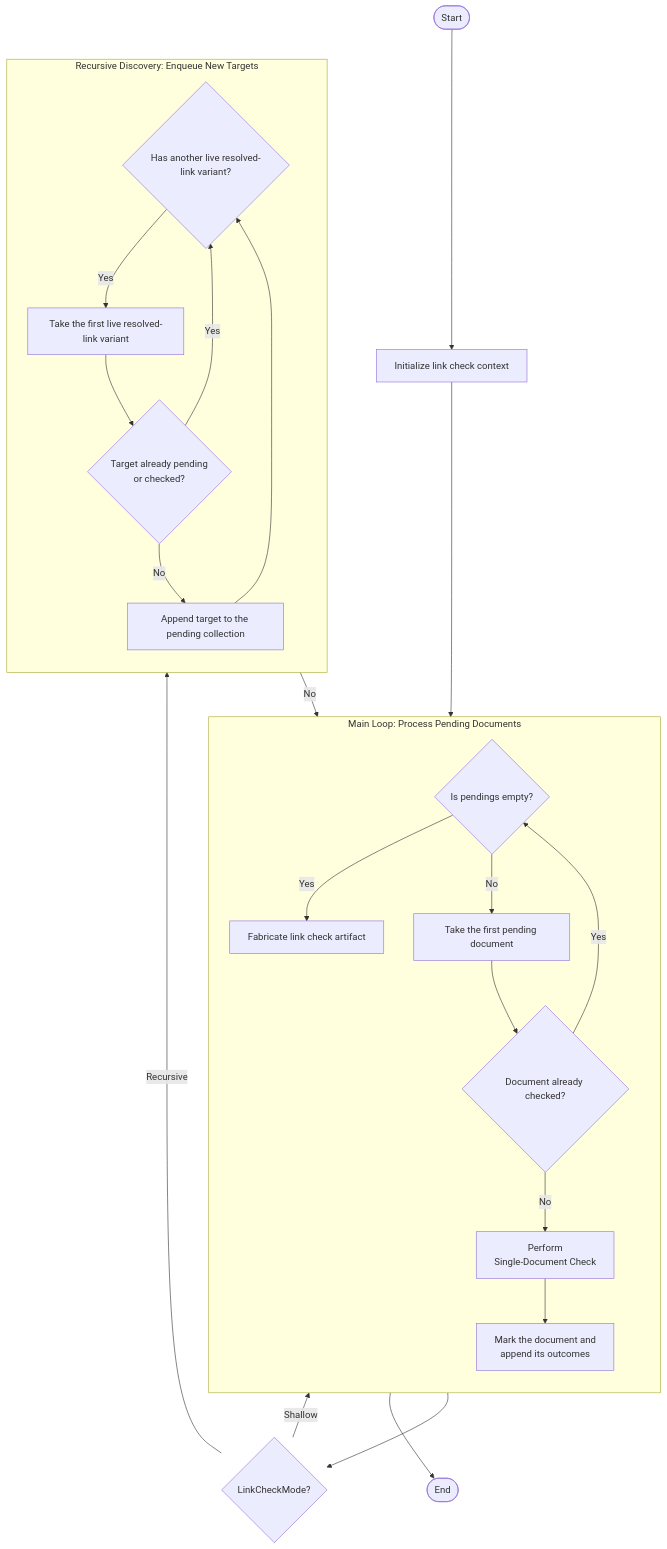
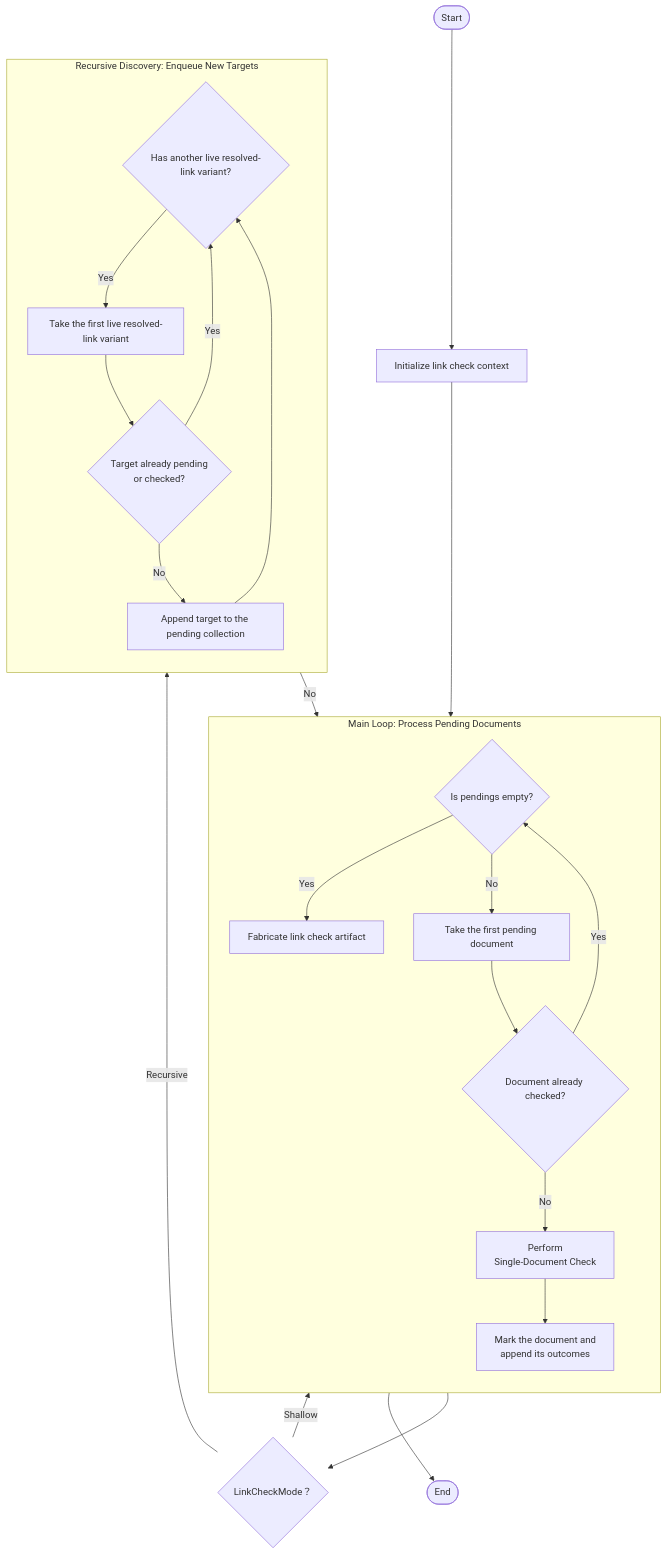
Before and after one commit to huang-xiao-jian/bluey: the diagram in specs/md-linkage/use-case/workflows/multiple-document-check-workflow.md, drawn with Mermaid. The commit also changed other lines of this file and 17 other files, not shown here.

````diff
--- a/specs/md-linkage/use-case/workflows/multiple-document-check-workflow.md
+++ b/specs/md-linkage/use-case/workflows/multiple-document-check-workflow.md
@@ -38,33 +37,33 @@
 ```mermaid
 flowchart TD
     Start([Start]) --> Initialize["Initialize link check context"]
     Initialize --> MainLoop
 
     subgraph MainLoop ["Main Loop: Process Pending Documents"]
         direction TB
         HasPending{"Is pendings empty?"}
         HasPending -- Yes --> ProduceResult["Fabricate link check artifact"]
         HasPending -- No --> TakeDocument["Take the first pending document"]
         TakeDocument --> AlreadyChecked{"Document already checked?"}
         AlreadyChecked -- Yes --> HasPending
         AlreadyChecked -- No --> CheckDocument["Perform<br/>Single-Document Check"]
         CheckDocument --> Aggregate["Mark the document and<br/>append its outcomes"]
     end
 
-    Aggregate --> CheckMode{"LinkCheckMode?"}
+    Aggregate --> CheckMode{"LinkCheckMode？"}
     CheckMode -- Shallow --> HasPending
     CheckMode -- Recursive --> RecursiveDiscovery
 
     subgraph RecursiveDiscovery ["Recursive Discovery: Enqueue New Targets"]
         direction TB
         HasLiveVariant{"Has another live resolved-link variant?"}
         HasLiveVariant -- No --> HasPending
         HasLiveVariant -- Yes --> TakeLiveVariant["Take the first live resolved-link variant"]
         TakeLiveVariant --> KnownTarget{"Target already pending<br/>or checked?"}
         KnownTarget -- Yes --> HasLiveVariant
         KnownTarget -- No --> EnqueueTarget["Append target to the pending collection"]
         EnqueueTarget --> HasLiveVariant
     end
 
     ProduceResult --> End([End])
 ```
````
